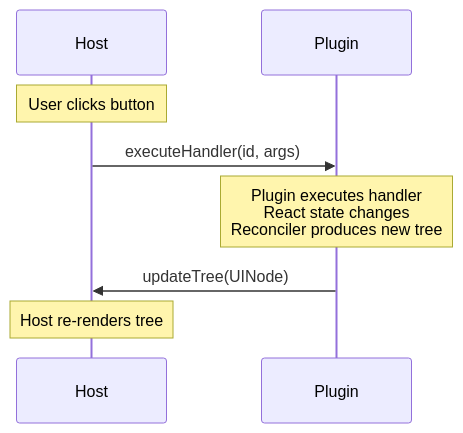
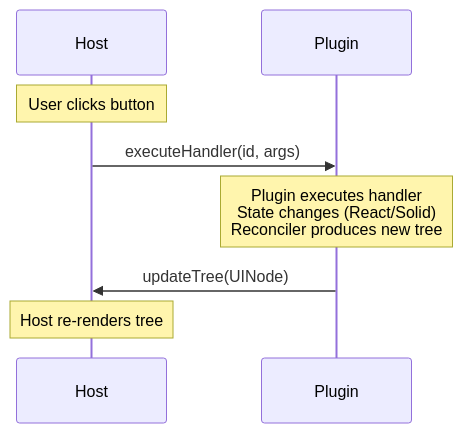
The third of 6 diagrams in docs/content/docs/architecture.mdx (HuakunShen/uniview), drawn with Mermaid before and after one commit. The commit also changed other lines of this file and 50 other files, not shown here.

First line of the commit message:
feat: add SolidJS plugin support with universal renderer

````diff
--- a/docs/content/docs/architecture.mdx
+++ b/docs/content/docs/architecture.mdx
@@ -63,11 +63,11 @@
 ```mermaid
 sequenceDiagram
     participant Host
     participant Plugin
 
     Note over Host: User clicks button
     Host->>Plugin: executeHandler(id, args)
-    Note over Plugin: Plugin executes handler<br/>React state changes<br/>Reconciler produces new tree
+    Note over Plugin: Plugin executes handler<br/>State changes (React/Solid)<br/>Reconciler produces new tree
     Plugin->>Host: updateTree(UINode)
     Note over Host: Host re-renders tree
 ```
````
